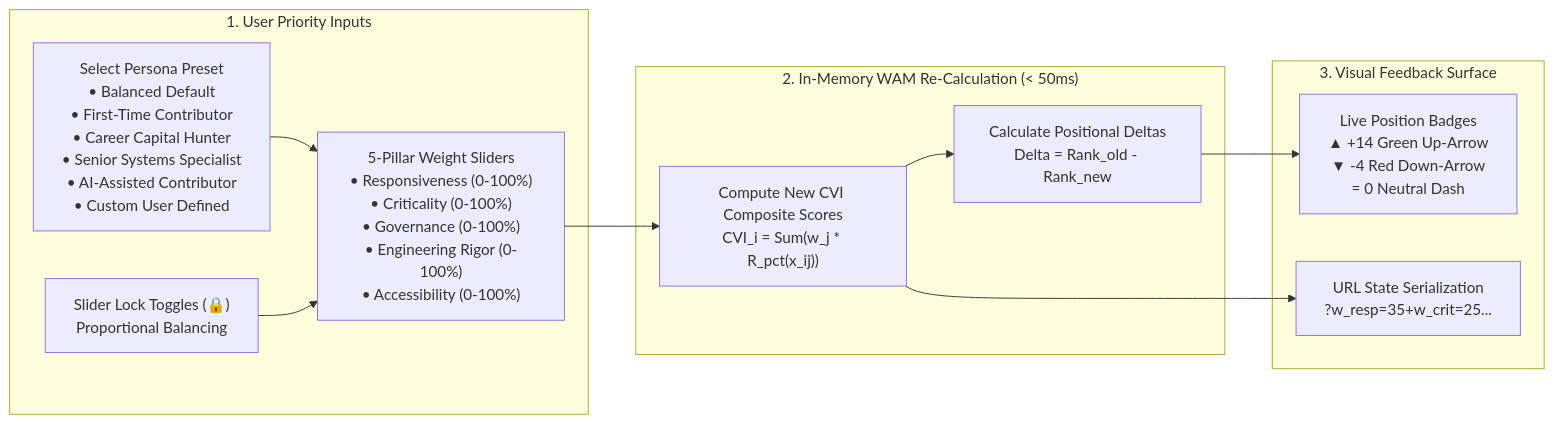
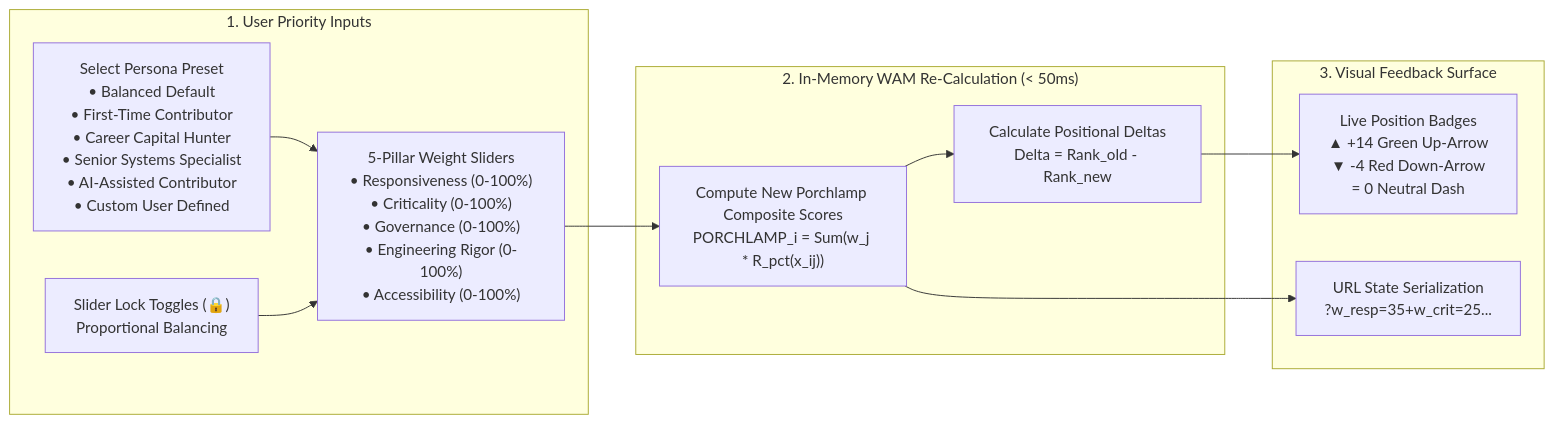
Diagram 13 of 13 in docs/ARCHITECTURE.md (pctablet505/porchlamp-engine), drawn with Mermaid before and after one commit. The commit also changed other lines of this file and 643 other files, not shown here.

````diff
--- a/docs/ARCHITECTURE.md
+++ b/docs/ARCHITECTURE.md
@@ -938,25 +938,25 @@
 ```mermaid
 flowchart LR
     subgraph UserControls ["1. User Priority Inputs"]
         PresetSelect["Select Persona Preset<br/>• Balanced Default<br/>• First-Time Contributor<br/>• Career Capital Hunter<br/>• Senior Systems Specialist<br/>• AI-Assisted Contributor<br/>• Custom User Defined"]
         Sliders["5-Pillar Weight Sliders<br/>• Responsiveness (0-100%)<br/>• Criticality (0-100%)<br/>• Governance (0-100%)<br/>• Engineering Rigor (0-100%)<br/>• Accessibility (0-100%)"]
         LockToggles["Slider Lock Toggles (🔒)<br/>Proportional Balancing"]
     end
 
     subgraph DynamicEngine ["2. In-Memory WAM Re-Calculation (< 50ms)"]
-        Recompute["Compute New CVI Composite Scores<br/>CVI_i = Sum(w_j * R_pct(x_ij))"]
+        Recompute["Compute New Porchlamp Composite Scores<br/>PORCHLAMP_i = Sum(w_j * R_pct(x_ij))"]
         DeltaAudit["Calculate Positional Deltas<br/>Delta = Rank_old - Rank_new"]
     end
 
     subgraph RealTimeView ["3. Visual Feedback Surface"]
         DeltaBadges["Live Position Badges<br/>▲ +14 Green Up-Arrow<br/>▼ -4 Red Down-Arrow<br/>= 0 Neutral Dash"]
         URLSync["URL State Serialization<br/>?w_resp=35+w_crit=25..."]
     end
 
     PresetSelect --> Sliders
     LockToggles --> Sliders
     Sliders --> Recompute
     Recompute --> DeltaAudit
     DeltaAudit --> DeltaBadges
     Recompute --> URLSync
 ```
````
